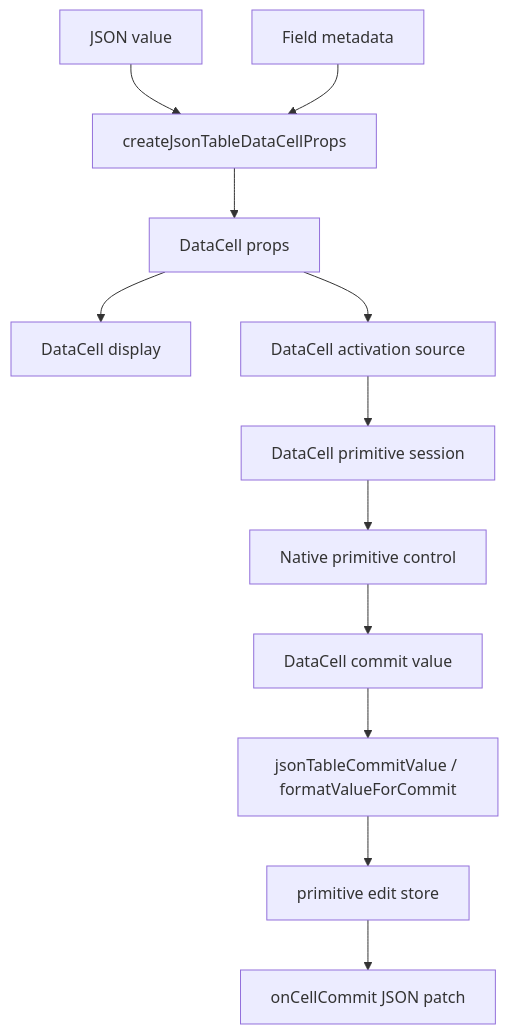
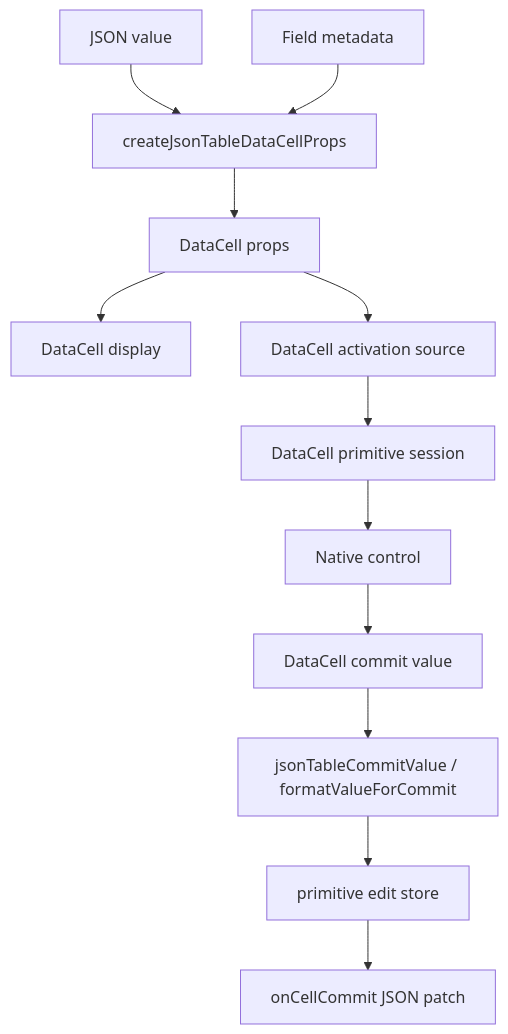
The first of 3 diagrams in design/data-cell-json-table-bare-metal-primitive-blueprint.md (retab-dev/retab-ui), drawn with Mermaid before and after one commit. The commit also changed other lines of this file and 351 other files, not shown here.

````diff
--- a/design/data-cell-json-table-bare-metal-primitive-blueprint.md
+++ b/design/data-cell-json-table-bare-metal-primitive-blueprint.md
@@ -47,27 +214,27 @@
 ```mermaid
 flowchart TD
   Json["JSON value"]
   Schema["Field metadata"]
   Adapter["createJsonTableDataCellProps"]
   Props["DataCell props"]
   Display["DataCell display"]
   Activation["DataCell activation source"]
   Session["DataCell primitive session"]
-  Control["Native primitive control"]
+  Control["Native control"]
   Commit["DataCell commit value"]
   Normalize["jsonTableCommitValue / formatValueForCommit"]
   Pending["primitive edit store"]
   Patch["onCellCommit JSON patch"]
 
   Json --> Adapter
   Schema --> Adapter
   Adapter --> Props
   Props --> Display
   Props --> Activation
   Activation --> Session
   Session --> Control
   Control --> Commit
   Commit --> Normalize
   Normalize --> Pending
   Pending --> Patch
 ```
````
